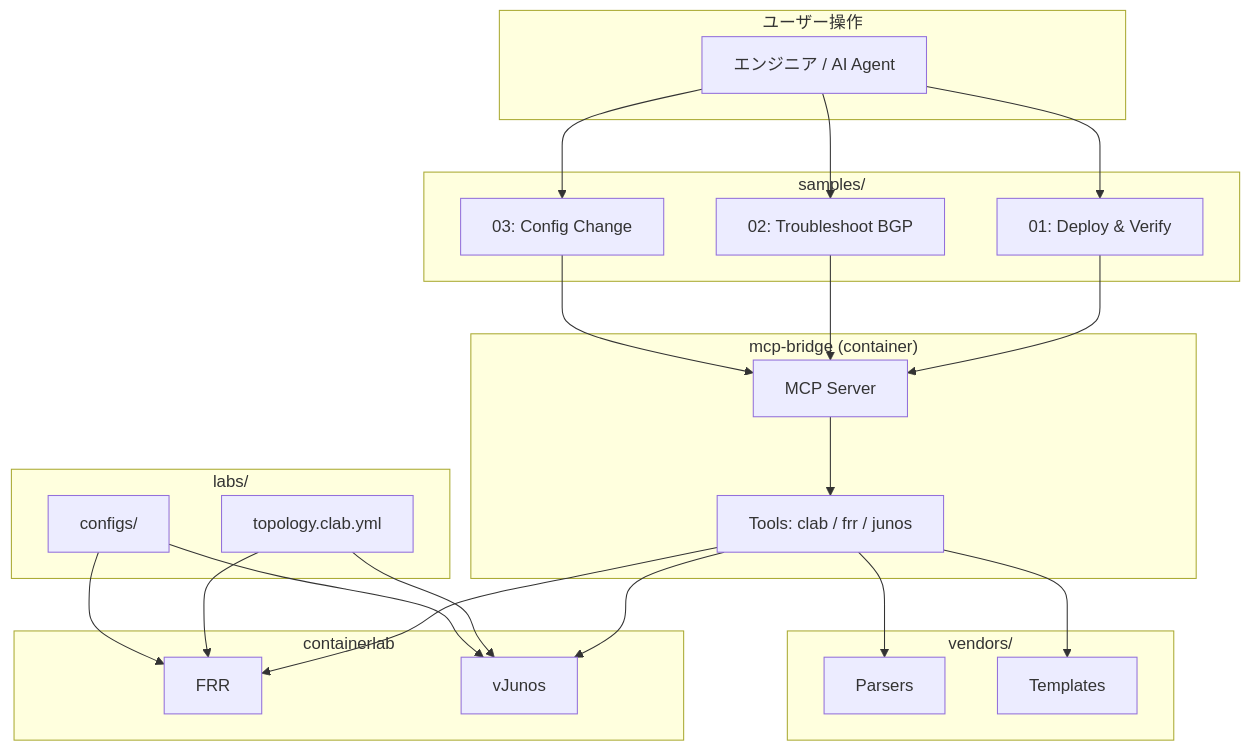
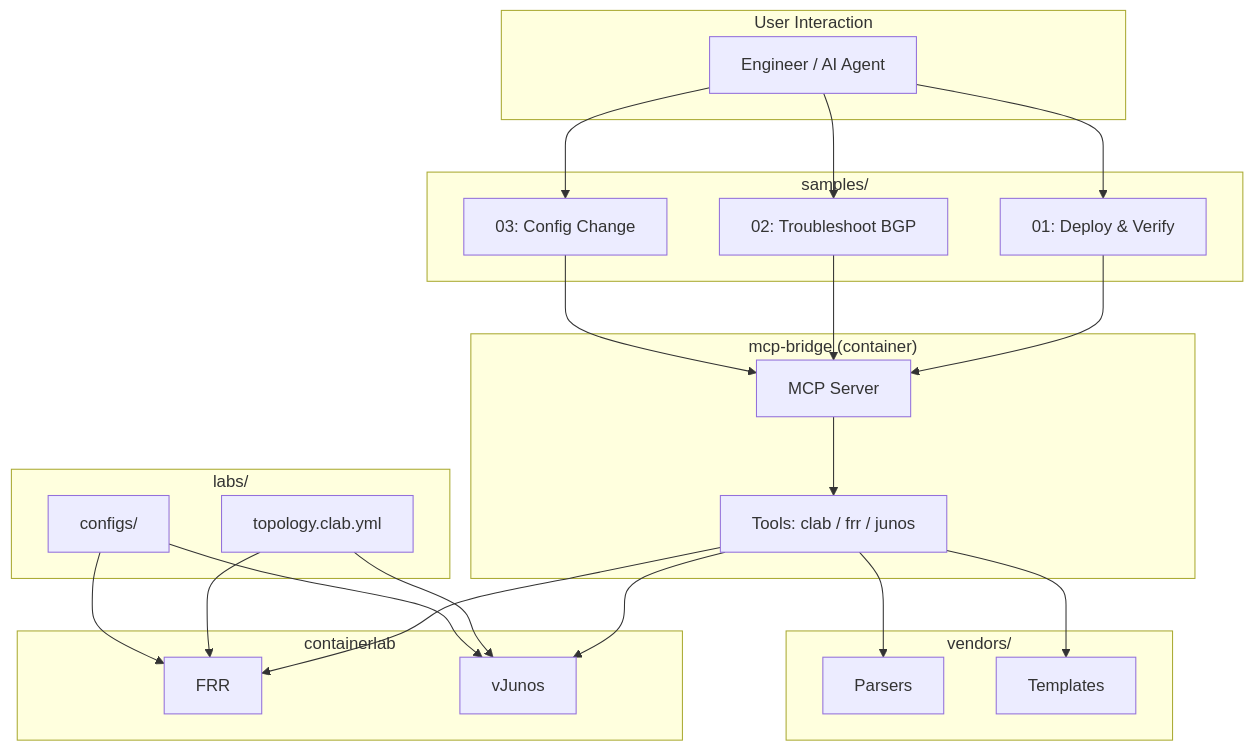
One commit to nkchan/clab-ai-orchestrator changed the diagram in docs/repository-structure.md. Above: the diagram before and after it, drawn with Mermaid. The commit also changed other lines of this file and 15 other files, not shown here.

First line of the commit message:
docs: convert all documentation to English, generalize README architecture

````diff
--- a/docs/repository-structure.md
+++ b/docs/repository-structure.md
@@ -71,40 +72,40 @@
 ```mermaid
 graph TB
-    subgraph "ユーザー操作"
-        USER["エンジニア / AI Agent"]
+    subgraph "User Interaction"
+        USER["Engineer / AI Agent"]
     end
 
     subgraph "samples/"
         S1["01: Deploy & Verify"]
         S2["02: Troubleshoot BGP"]
         S3["03: Config Change"]
     end
 
     subgraph "mcp-bridge (container)"
         SERVER["MCP Server"]
         TOOLS["Tools: clab / frr / junos"]
     end
 
     subgraph "vendors/"
         PARSER["Parsers"]
         TMPL["Templates"]
     end
 
     subgraph "labs/"
         TOPO["topology.clab.yml"]
         CONF["configs/"]
     end
 
     subgraph "containerlab"
         FRR["FRR"]
         VJUNOS["vJunos"]
     end
 
     USER --> S1 & S2 & S3
     S1 & S2 & S3 --> SERVER
     SERVER --> TOOLS
     TOOLS --> PARSER & TMPL
     TOOLS --> FRR & VJUNOS
     TOPO --> FRR & VJUNOS
     CONF --> FRR & VJUNOS
 ```
````
